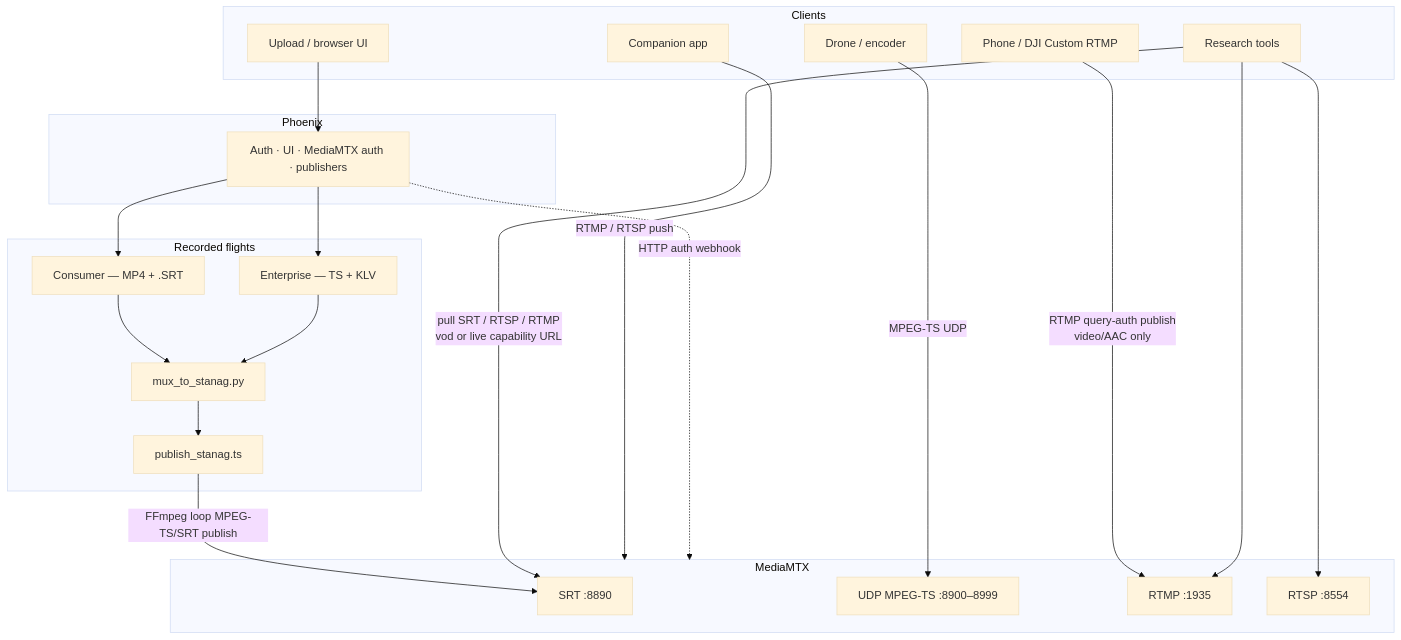
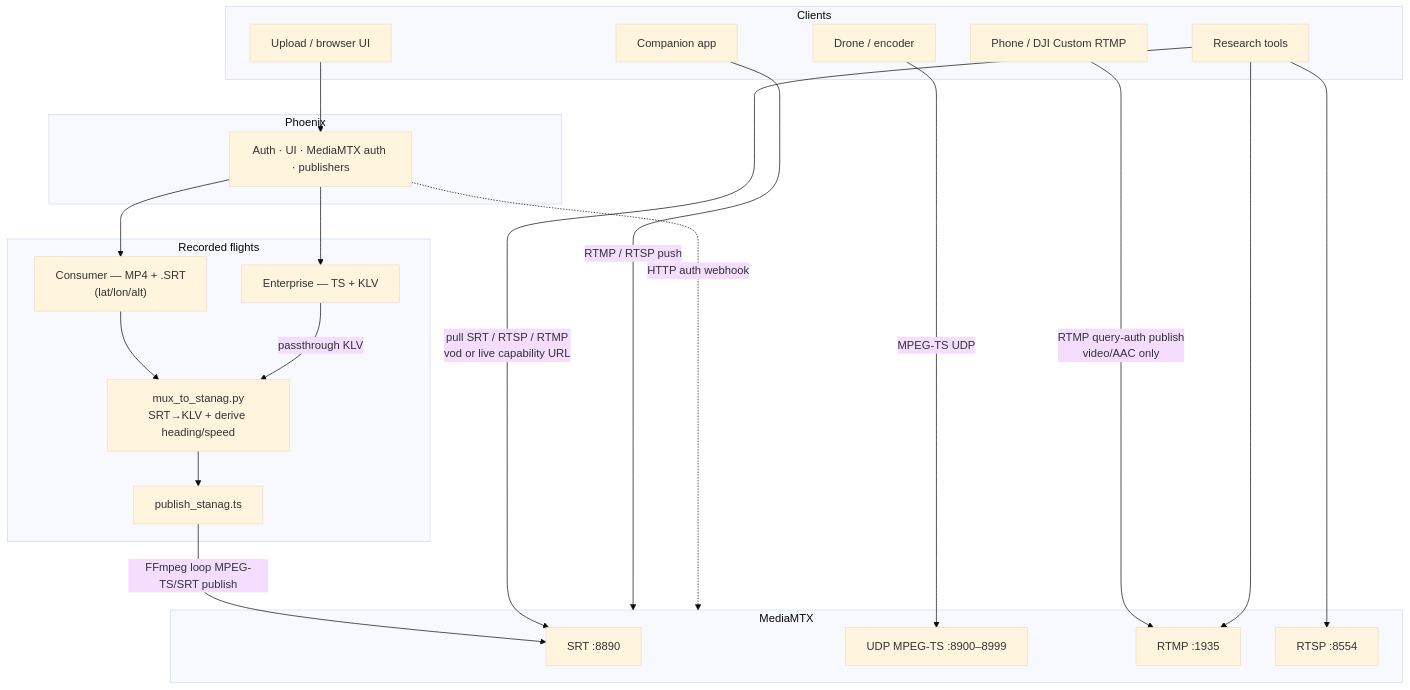
One commit to tfeuerbach/dronefeed changed the diagram in README.md. Above: the diagram before and after it, drawn with Mermaid (base theme). The commit also changed other lines of this file and 16 other files, not shown here.

Commit message:
consumer srt→klv now emits heading/speed from a short gps window. bump pull latency

````diff
--- a/README.md
+++ b/README.md
@@ -24,43 +24,43 @@
 ```mermaid
 flowchart TB
   subgraph clients["Clients"]
     UP["Upload / browser UI"]
     PHONE["Phone / DJI Custom RTMP"]
     COMP["Companion app"]
     DRONE["Drone / encoder"]
     PULL["Research tools"]
   end
 
   subgraph phoenix["Phoenix"]
     WEB["Auth · UI · MediaMTX auth · publishers"]
   end
 
   subgraph recorded["Recorded flights"]
-    DJI["Consumer — MP4 + .SRT"]
+    DJI["Consumer — MP4 + .SRT<br/>(lat/lon/alt)"]
     ENT["Enterprise — TS + KLV"]
-    MUX["mux_to_stanag.py"]
+    MUX["mux_to_stanag.py<br/>SRT→KLV + derive heading/speed"]
     TS["publish_stanag.ts"]
     DJI --> MUX
-    ENT --> MUX
+    ENT -->|"passthrough KLV"| MUX
     MUX --> TS
   end
 
   subgraph mtx["MediaMTX"]
     SRT_P["SRT :8890"]
     UDP_IN["UDP MPEG-TS :8900–8999"]
     RTMP_P["RTMP :1935"]
     RTSP_P["RTSP :8554"]
   end
 
   UP --> WEB
   WEB --> DJI
   WEB --> ENT
   TS -->|FFmpeg loop MPEG-TS/SRT publish| SRT_P
   PHONE -->|RTMP query-auth publish<br/>video/AAC only| RTMP_P
   COMP -->|RTMP / RTSP push| mtx
   DRONE -->|MPEG-TS UDP| UDP_IN
   PULL -->|pull SRT / RTSP / RTMP<br/>vod or live capability URL| SRT_P
   PULL --> RTSP_P
   PULL --> RTMP_P
   WEB -.->|HTTP auth webhook| mtx
 ```
````
